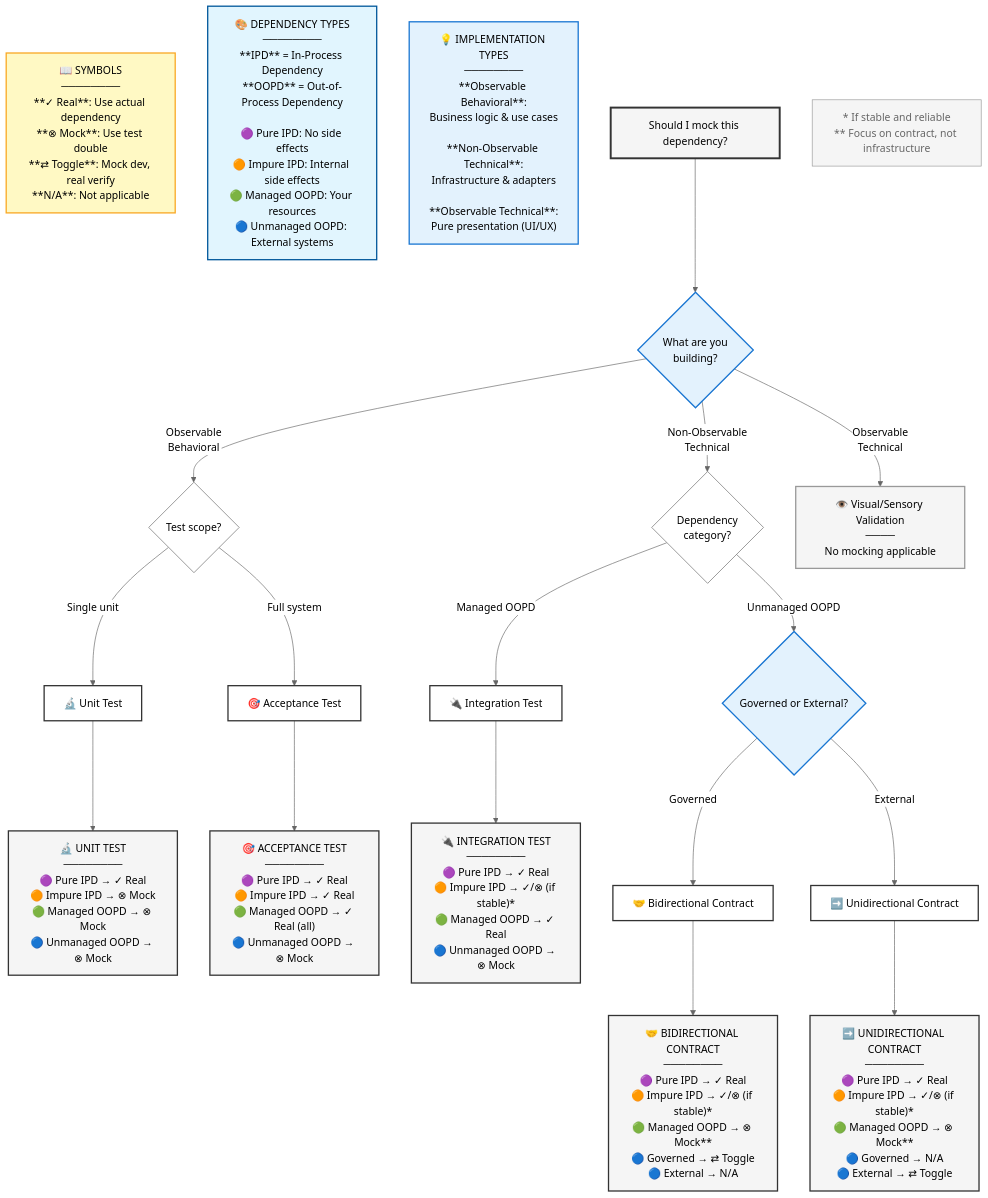
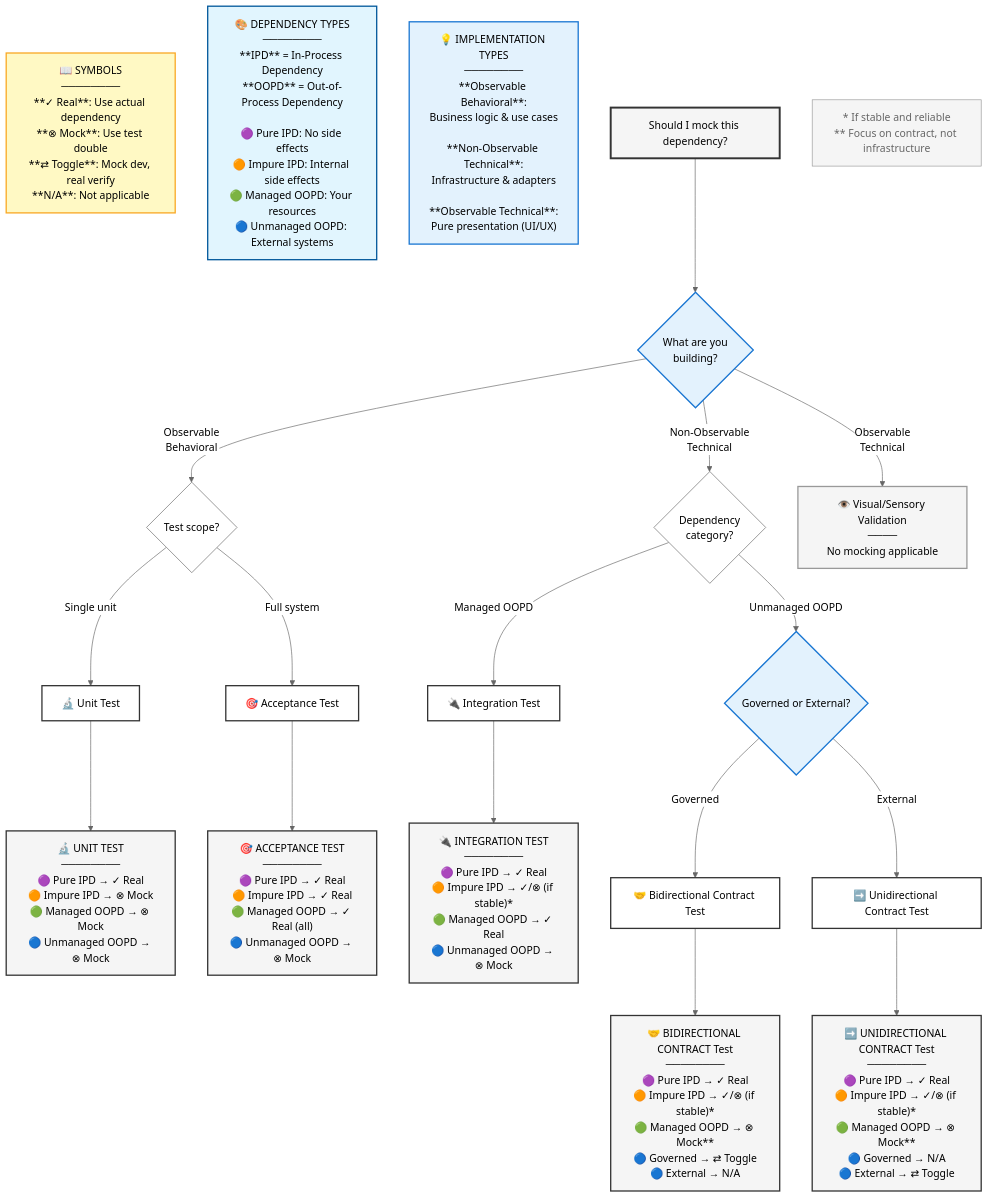
The diagram in appendices/appendix-e/dependencies-mocking-decision-flow.mermaid (dawid-dahl-umain/augmented-ai-development), drawn with Mermaid (neutral theme) before and after one commit.

Commit message:
chore(dependencies-and-mocking): update decision flow diagram to specify contract test types

```diff
--- a/appendices/appendix-e/dependencies-mocking-decision-flow.mermaid
+++ b/appendices/appendix-e/dependencies-mocking-decision-flow.mermaid
@@ -1,64 +1,64 @@
 graph TD
     %% Reference boxes (no arrows to main flow)
     Legend["📖 SYMBOLS<br/>────────<br/>**✓ Real**: Use actual dependency<br/>**⊗ Mock**: Use test double<br/>**⇄ Toggle**: Mock dev, real verify<br/>**N/A**: Not applicable"]
     
     DepTypes["🎨 DEPENDENCY TYPES<br/>────────<br/>**IPD** = In-Process Dependency<br/>**OOPD** = Out-of-Process Dependency<br/><br/>🟣 Pure IPD: No side effects<br/>🟠 Impure IPD: Internal side effects<br/>🟢 Managed OOPD: Your resources<br/>🔵 Unmanaged OOPD: External systems"]
     
     Info["💡 IMPLEMENTATION TYPES<br/>────────<br/>**Observable Behavioral**:<br/>Business logic & use cases<br/><br/>**Non-Observable Technical**:<br/>Infrastructure & adapters<br/><br/>**Observable Technical**:<br/>Pure presentation (UI/UX)"]
     
     %% Main decision flow
     Start["Should I mock this dependency?"]
     
     Start --> Q1{"What are you<br/>building?"}
     
     Q1 -->|Observable<br/>Behavioral| BehaviorSplit{"Test scope?"}
     Q1 -->|Non-Observable<br/>Technical| TechSplit{"Dependency<br/>category?"}
     Q1 -->|Observable<br/>Technical| Visual["👁️ Visual/Sensory Validation<br/>────<br/>No mocking applicable"]
     
     BehaviorSplit -->|Single unit| UnitChoice["🔬 Unit Test"]
     BehaviorSplit -->|Full system| AccChoice["🎯 Acceptance Test"]
     
     TechSplit -->|Managed OOPD| IntChoice["🔌 Integration Test"]
     TechSplit -->|Unmanaged OOPD| ContractRoute{"Governed or External?"}
     
-    ContractRoute -->|Governed| BiChoice["🤝 Bidirectional Contract"]
-    ContractRoute -->|External| UniChoice["➡️ Unidirectional Contract"]
+    ContractRoute -->|Governed| BiChoice["🤝 Bidirectional Contract Test"]
+    ContractRoute -->|External| UniChoice["➡️ Unidirectional Contract Test"]
     
     %% Compact answer nodes
     UnitChoice --> UnitAnswer["🔬 UNIT TEST<br/>────────<br/>🟣 Pure IPD → ✓ Real<br/>🟠 Impure IPD → ⊗ Mock<br/>🟢 Managed OOPD → ⊗ Mock<br/>🔵 Unmanaged OOPD → ⊗ Mock"]
     
     IntChoice --> IntAnswer["🔌 INTEGRATION TEST<br/>────────<br/>🟣 Pure IPD → ✓ Real<br/>🟠 Impure IPD → ✓/⊗ (if stable)*<br/>🟢 Managed OOPD → ✓ Real<br/>🔵 Unmanaged OOPD → ⊗ Mock"]
     
-    BiChoice --> BiAnswer["🤝 BIDIRECTIONAL CONTRACT<br/>────────<br/>🟣 Pure IPD → ✓ Real<br/>🟠 Impure IPD → ✓/⊗ (if stable)*<br/>🟢 Managed OOPD → ⊗ Mock**<br/>🔵 Governed → ⇄ Toggle<br/>🔵 External → N/A"]
+    BiChoice --> BiAnswer["🤝 BIDIRECTIONAL CONTRACT Test<br/>────────<br/>🟣 Pure IPD → ✓ Real<br/>🟠 Impure IPD → ✓/⊗ (if stable)*<br/>🟢 Managed OOPD → ⊗ Mock**<br/>🔵 Governed → ⇄ Toggle<br/>🔵 External → N/A"]
     
-    UniChoice --> UniAnswer["➡️ UNIDIRECTIONAL CONTRACT<br/>────────<br/>🟣 Pure IPD → ✓ Real<br/>🟠 Impure IPD → ✓/⊗ (if stable)*<br/>🟢 Managed OOPD → ⊗ Mock**<br/>🔵 Governed → N/A<br/>🔵 External → ⇄ Toggle"]
+    UniChoice --> UniAnswer["➡️ UNIDIRECTIONAL CONTRACT Test<br/>────────<br/>🟣 Pure IPD → ✓ Real<br/>🟠 Impure IPD → ✓/⊗ (if stable)*<br/>🟢 Managed OOPD → ⊗ Mock**<br/>🔵 Governed → N/A<br/>🔵 External → ⇄ Toggle"]
     
     AccChoice --> AccAnswer["🎯 ACCEPTANCE TEST<br/>────────<br/>🟣 Pure IPD → ✓ Real<br/>🟠 Impure IPD → ✓ Real<br/>🟢 Managed OOPD → ✓ Real (all)<br/>🔵 Unmanaged OOPD → ⊗ Mock"]
     
     %% Footnotes
     Footnotes["* If stable and reliable<br/>** Focus on contract, not infrastructure"]
     
     %% Styling - minimal, functional only
     style Legend fill:#fff9c4,stroke:#f9a825,stroke-width:2px,color:#000
     style DepTypes fill:#e1f5fe,stroke:#01579b,stroke-width:2px,color:#000
     style Info fill:#e3f2fd,stroke:#1976d2,stroke-width:2px,color:#000
     style Footnotes fill:#f5f5f5,stroke:#999,stroke-width:1px,color:#666
     
     style Start fill:#f5f5f5,stroke:#333,stroke-width:3px,color:#000
     style Q1 fill:#e3f2fd,stroke:#1976d2,stroke-width:2px,color:#000
     style BehaviorSplit fill:#fff,stroke:#666,stroke-width:1px,color:#000
     style TechSplit fill:#fff,stroke:#666,stroke-width:1px,color:#000
     style ContractRoute fill:#e3f2fd,stroke:#1976d2,stroke-width:2px,color:#000
     
     style Visual fill:#f5f5f5,stroke:#999,stroke-width:2px,color:#000
     style UnitChoice fill:#fff,stroke:#333,stroke-width:2px,color:#000
     style IntChoice fill:#fff,stroke:#333,stroke-width:2px,color:#000
     style BiChoice fill:#fff,stroke:#333,stroke-width:2px,color:#000
     style UniChoice fill:#fff,stroke:#333,stroke-width:2px,color:#000
     style AccChoice fill:#fff,stroke:#333,stroke-width:2px,color:#000
     
     style UnitAnswer fill:#f5f5f5,stroke:#333,stroke-width:2px,color:#000
     style IntAnswer fill:#f5f5f5,stroke:#333,stroke-width:2px,color:#000
     style BiAnswer fill:#f5f5f5,stroke:#333,stroke-width:2px,color:#000
     style UniAnswer fill:#f5f5f5,stroke:#333,stroke-width:2px,color:#000
     style AccAnswer fill:#f5f5f5,stroke:#333,stroke-width:2px,color:#000
```
